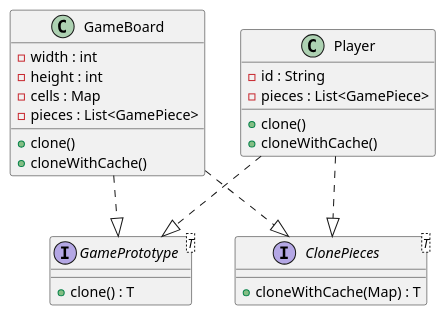
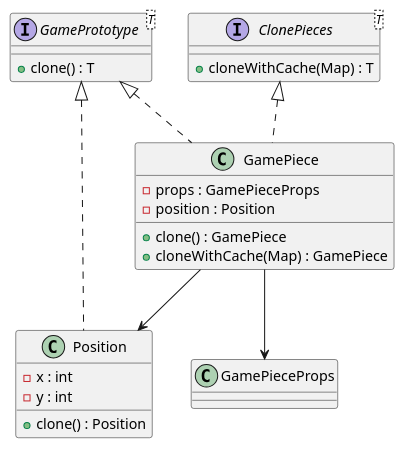
Diagram 18 of 24 in README.md (20242-ifba-saj-ads-ppr/framework-equipe1), drawn with PlantUML before and after one commit. The commit also changed other lines of this file and 1 other file, not shown here.

````diff
--- a/README.md
+++ b/README.md
@@ -1013,33 +1019,30 @@
 ```plantuml
 @startuml
 interface GamePrototype<T> {
   +clone() : T
 }
 
 interface ClonePieces<T> {
   +cloneWithCache(Map) : T
 }
 
-class GameBoard {
-  -width : int
-  -height : int
-  -cells : Map
-  -pieces : List<GamePiece>
-  +clone()
-  +cloneWithCache()
+class Position {
+  -x : int
+  -y : int
+  +clone() : Position
 }
 
-class Player {
-  -id : String
-  -pieces : List<GamePiece>
-  +clone()
-  +cloneWithCache()
+class GamePiece {
+  -props : GamePieceProps
+  -position : Position
+  +clone() : GamePiece
+  +cloneWithCache(Map) : GamePiece
 }
 
-GameBoard ..|> GamePrototype
-Player ..|> GamePrototype
-
-GameBoard ..|> ClonePieces
-Player ..|> ClonePieces
+GamePrototype <|.. Position
+GamePrototype <|.. GamePiece
+ClonePieces <|.. GamePiece
+GamePiece --> Position
+GamePiece --> GamePieceProps
 @enduml
 ```
````
